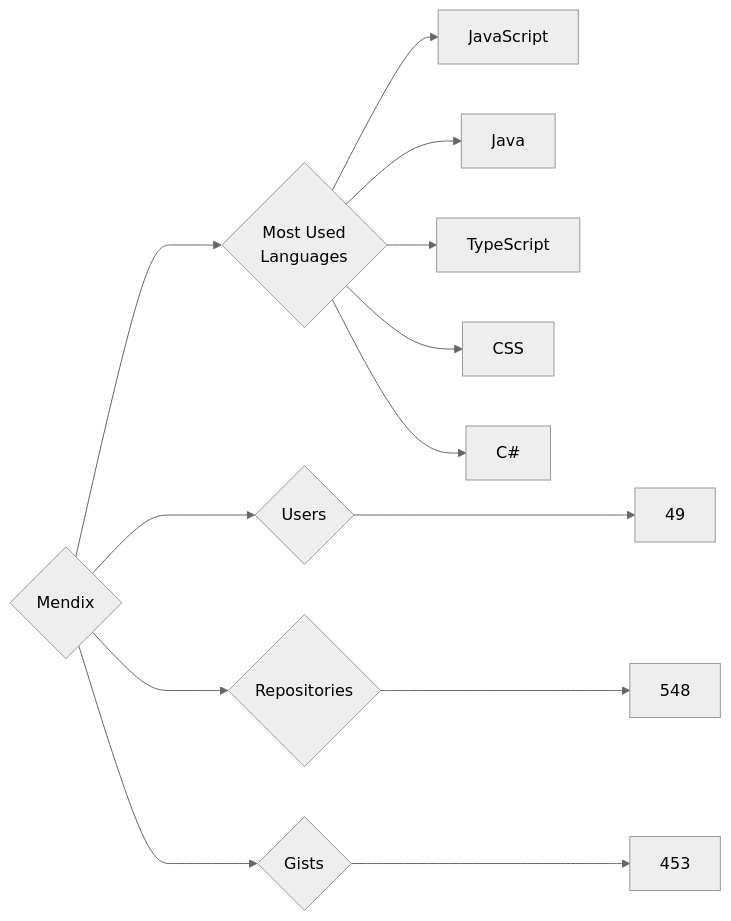
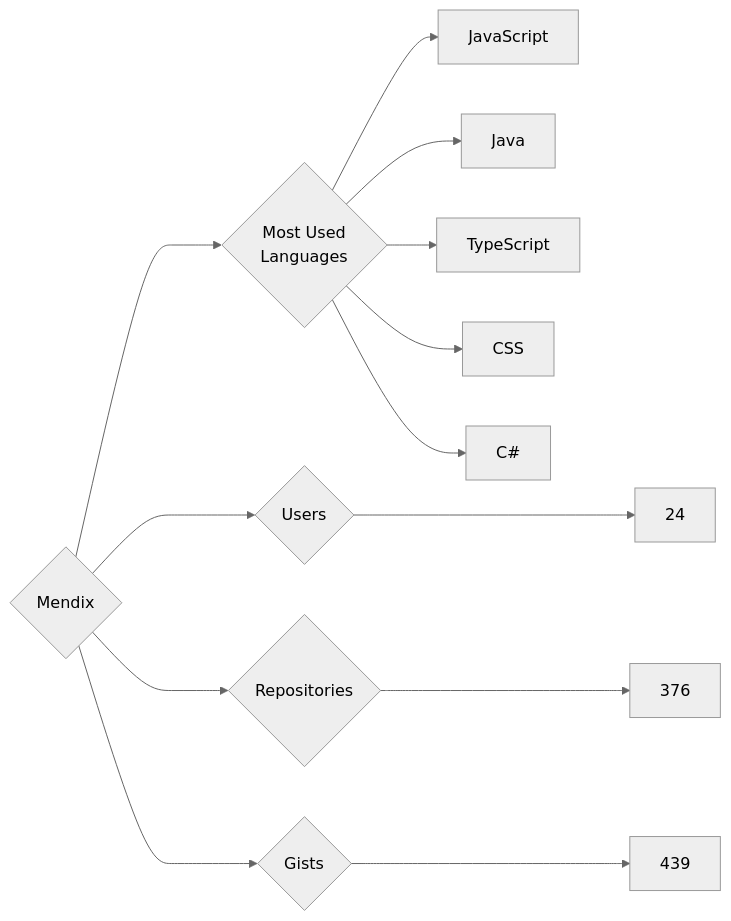
One commit to trickest/insiders changed the diagram in targets/Mendix/README.md. Above: the diagram before and after it, drawn with Mermaid (neutral theme). The commit also changed 677 other files, not shown here.

````diff
--- a/targets/Mendix/README.md
+++ b/targets/Mendix/README.md
@@ -3,13 +3,13 @@
 ```mermaid
 graph LR
 COMPANY_NAME{Mendix}
-COMPANY_NAME ---> U{Users} ---> UN[49]
-COMPANY_NAME ---> R{Repositories} ---> RN[548]
-COMPANY_NAME ---> G{Gists} ---> GN[453]
+COMPANY_NAME ---> U{Users} ---> UN[24]
+COMPANY_NAME ---> R{Repositories} ---> RN[376]
+COMPANY_NAME ---> G{Gists} ---> GN[439]
 COMPANY_NAME ---> ML{Most Used<br>Languages}
 ML --> JavaScript[JavaScript]
 ML --> Java[Java]
 ML --> TypeScript[TypeScript]
 ML --> CSS[CSS]
 ML --> C#[C#]
 ```
````
